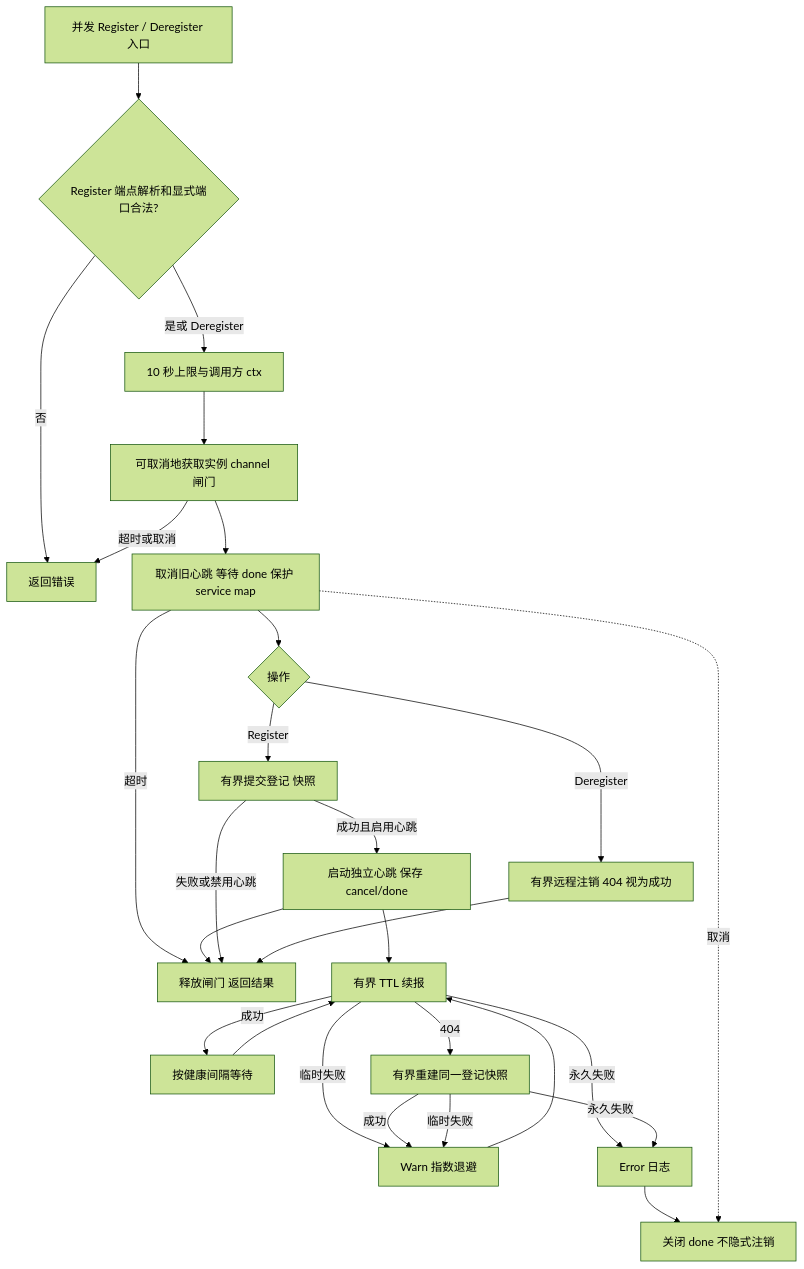
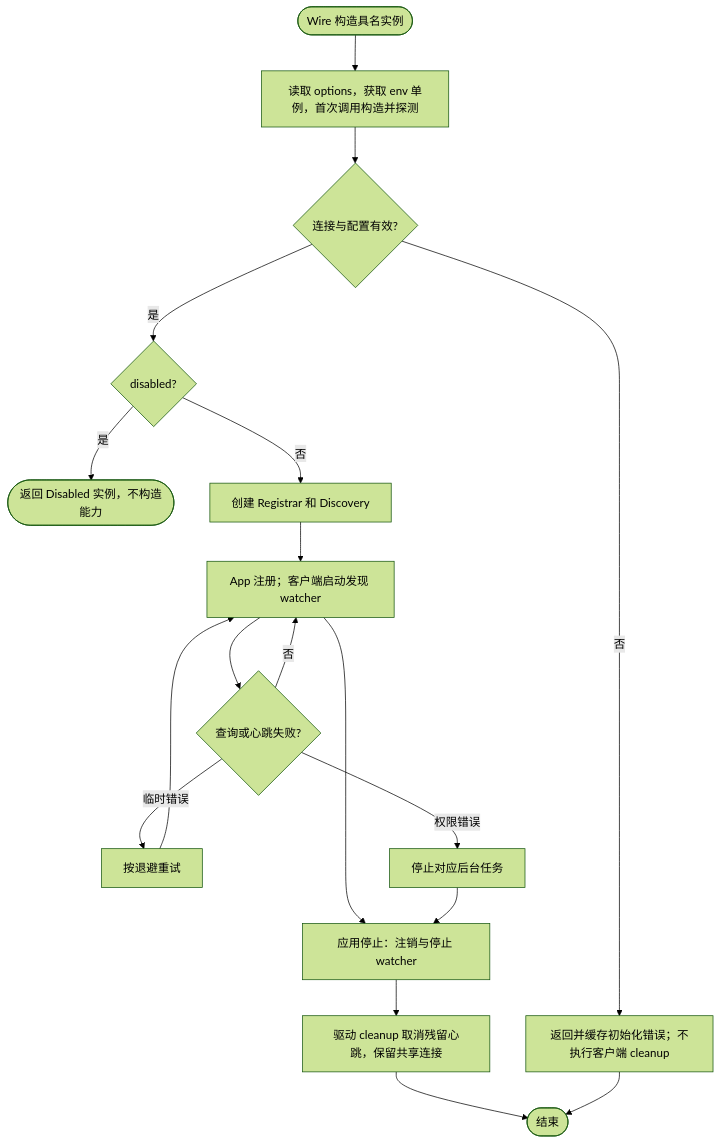
The diagram in contrib/registry/consul/README.md (jaggerzhuang1994/kratos-foundation), drawn with Mermaid (forest theme) before and after one commit. The commit also changed other lines of this file and 290 other files, not shown here.

````diff
--- a/contrib/registry/consul/README.md
+++ b/contrib/registry/consul/README.md
@@ -17,29 +22,20 @@
 ```mermaid
 flowchart TD
-    A[并发 Register / Deregister 入口] --> V{Register 端点解析和显式端口合法?}
-    V -- 否 --> X[返回错误]
-    V -- 是或 Deregister --> B[10 秒上限与调用方 ctx]
-    B --> C[可取消地获取实例 channel 闸门]
-    C -->|超时或取消| X[返回错误]
-    C --> D[取消旧心跳 等待 done 保护 service map]
-    D -->|超时| R[释放闸门 返回结果]
-    D --> E{操作}
-    E -->|Register| F[有界提交登记 快照]
-    F -->|成功且启用心跳| G[启动独立心跳 保存 cancel/done]
-    G --> R
-    F -->|失败或禁用心跳| R
-    E -->|Deregister| H[有界远程注销 404 视为成功]
-    H --> R
-    G --> I[有界 TTL 续报]
-    I -->|成功| J[按健康间隔等待]
-    J --> I
-    I -->|临时失败| K[Warn 指数退避]
-    K --> I
-    I -->|404| L[有界重建同一登记快照]
-    L -->|成功| K
-    L -->|临时失败| K
-    I -->|永久失败| M[Error 日志]
-    L -->|永久失败| M
-    M --> N[关闭 done 不隐式注销]
-    D -.取消.-> N
+ A([Wire 构造具名实例]) --> B[读取 options，获取 env 单例，首次调用构造并探测]
+ B --> C{连接与配置有效?}
+ C -- 否 --> X[返回并缓存初始化错误；不执行客户端 cleanup]
+ C -- 是 --> Z{disabled?}
+ Z -- 是 --> V([返回 Disabled 实例，不构造能力])
+ Z -- 否 --> D[创建 Registrar 和 Discovery]
+ D --> E[App 注册；客户端启动发现 watcher]
+ E --> F{查询或心跳失败?}
+ F -- 临时错误 --> G[按退避重试]
+ G --> E
+ F -- 权限错误 --> H[停止对应后台任务]
+ F -- 否 --> E
+ E --> I[应用停止：注销与停止 watcher]
+ H --> I
+ I --> J[驱动 cleanup 取消残留心跳，保留共享连接]
+ J --> K([结束])
+ X --> K
 ```
````
